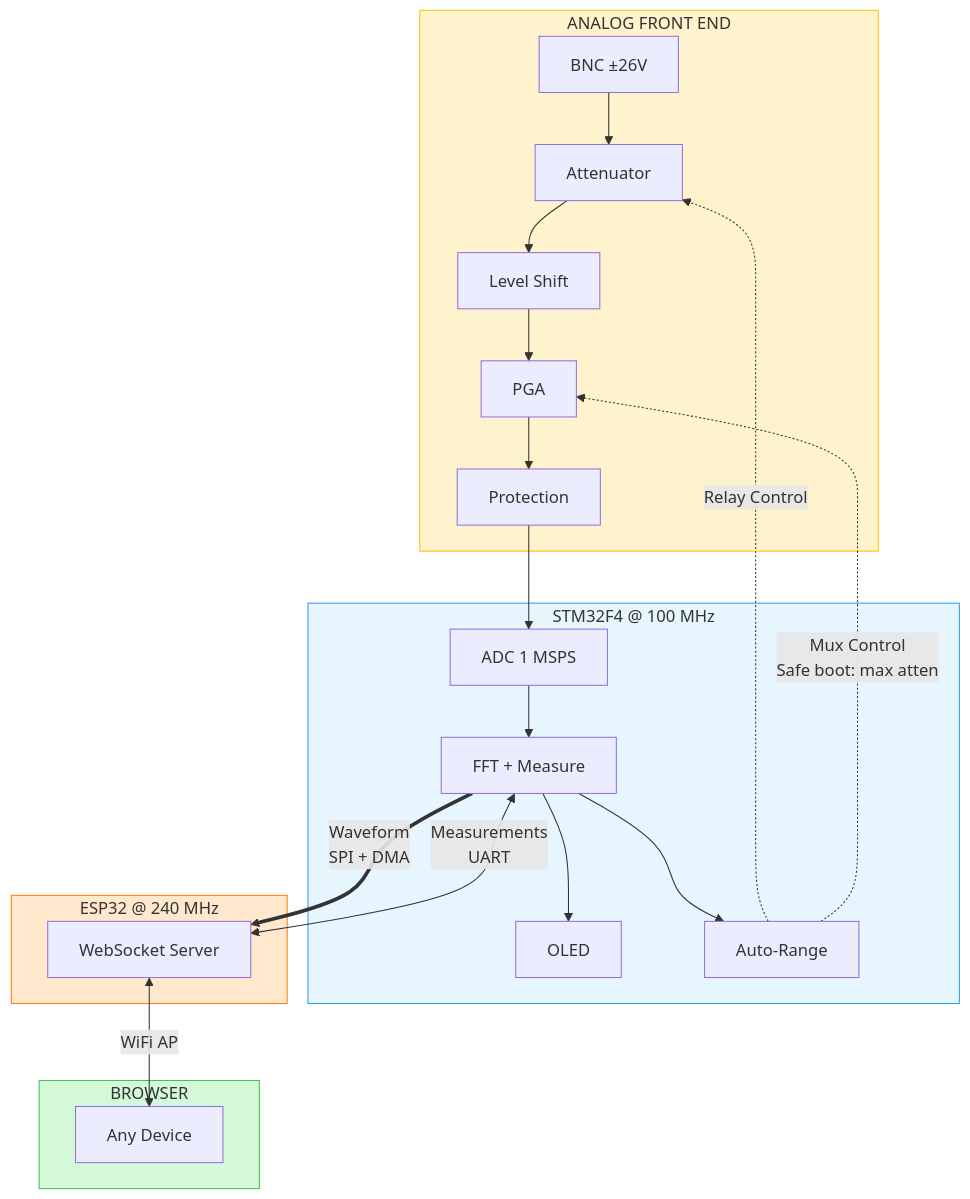
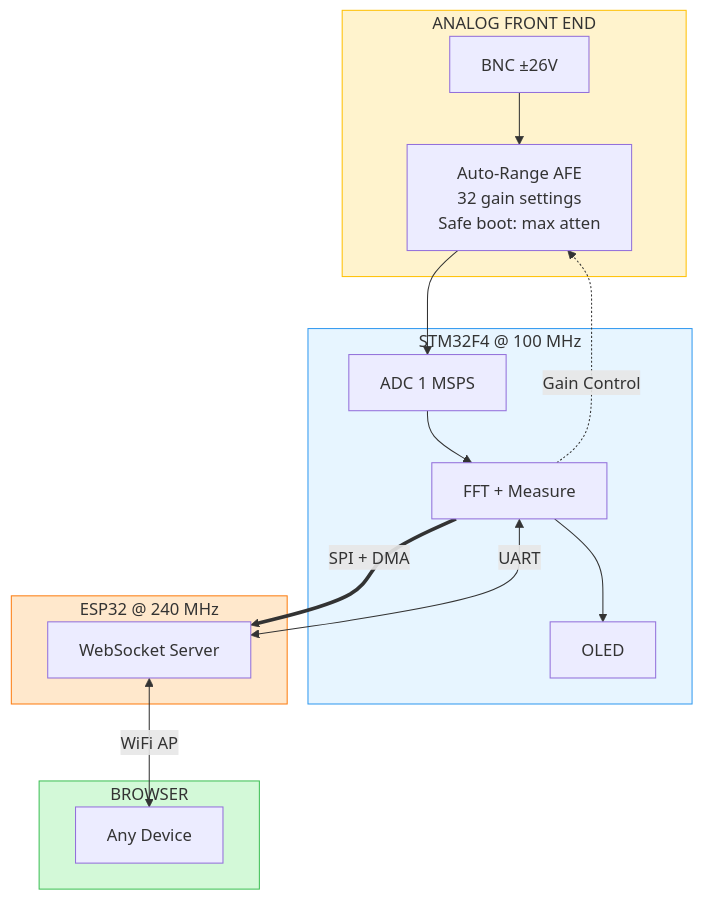
One commit to mohammadrezasafaeian/smart-wireless-oscilloscope changed the third of 4 diagrams in README.md. Above: the diagram before and after it, drawn with Mermaid. The commit also changed other lines of this file, not shown here.

````diff
--- a/README.md
+++ b/README.md
@@ -79,35 +79,30 @@
 ```mermaid
 flowchart TB
     subgraph ANALOG["ANALOG FRONT END"]
-        PROBE["BNC ±26V"] --> ATTEN["Attenuator"]
-        ATTEN --> SHIFT["Level Shift"]
-        SHIFT --> PGA["PGA"]
-        PGA --> PROT["Protection"]
+        PROBE["BNC ±26V"] --> AFE["Auto-Range AFE<br>32 gain settings<br>Safe boot: max atten"]
     end
 
     subgraph STM32["STM32F4 @ 100 MHz"]
         ADC["ADC 1 MSPS"] --> DSP["FFT + Measure"]
         DSP --> OLED["OLED"]
-        DSP --> RANGE["Auto-Range"]
     end
 
     subgraph ESP32["ESP32 @ 240 MHz"]
         WS["WebSocket Server"]
     end
 
     subgraph CLIENT["BROWSER"]
         UI["Any Device"]
     end
 
-    PROT --> ADC
-    RANGE -.->|"Relay Control"| ATTEN
-    RANGE -.->|"Mux Control<br>Safe boot: max atten"| PGA
-    DSP ==>|"Waveform<br>SPI + DMA"| WS
-    DSP <-->|"Measurements<br>UART"| WS
+    AFE --> ADC
+    DSP -.->|"Gain Control"| AFE
+    DSP ==>|"SPI + DMA"| WS
+    DSP <-->|"UART"| WS
     WS <-->|"WiFi AP"| UI
 
     style ANALOG fill:#fff3cd,stroke:#ffc107
     style STM32 fill:#e7f5ff,stroke:#339af0
     style ESP32 fill:#ffe8cc,stroke:#fd7e14
     style CLIENT fill:#d3f9d8,stroke:#40c057
 ```
````
